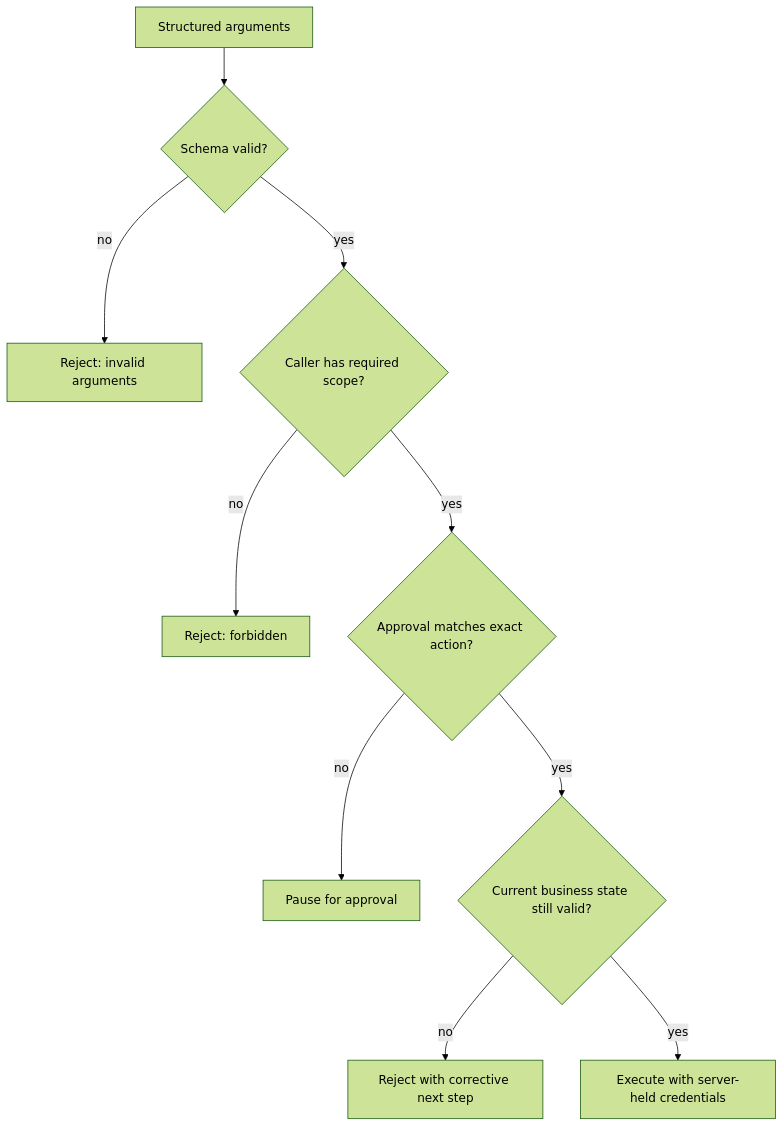
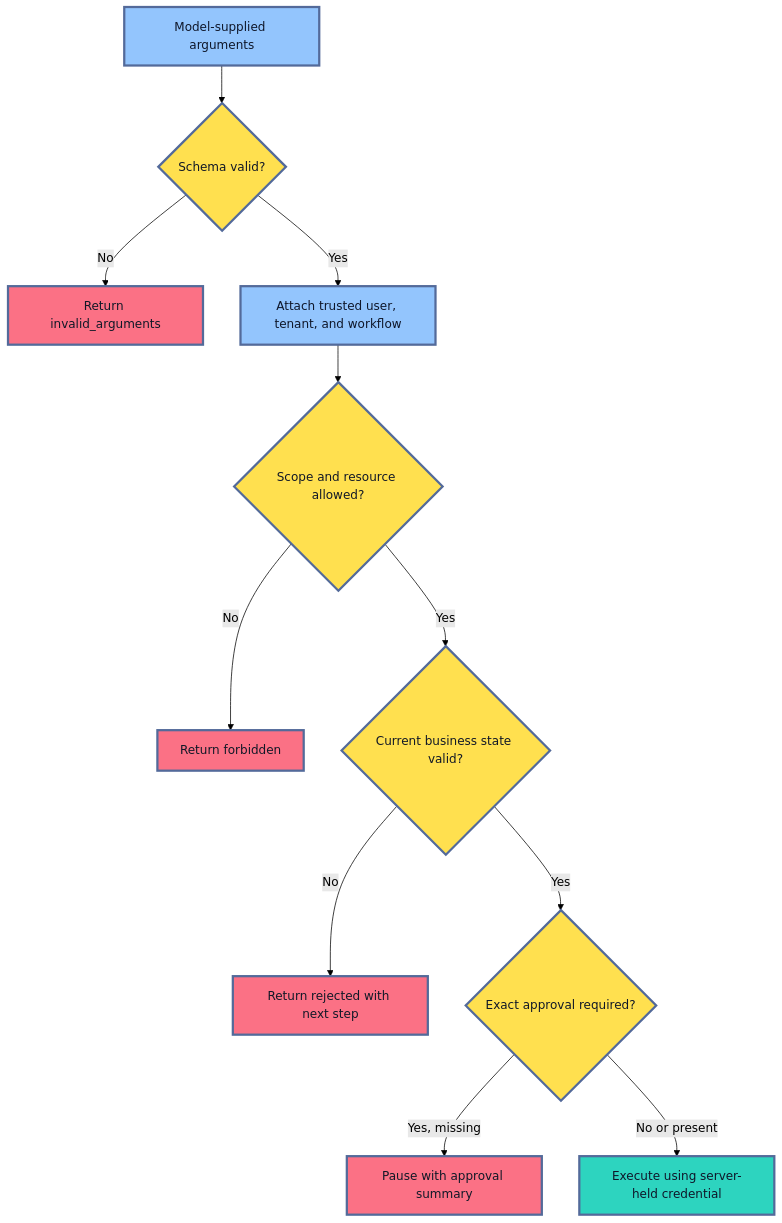
Before and after one commit to senlinyy/dev-roadmaps: the third of 3 diagrams in roadmaps/mlops/modules/llmops/tools-and-protocols/01-tool-contracts.md, drawn with Mermaid (forest theme). The commit also changed other lines of this file and 198 other files, not shown here.

````diff
--- a/roadmaps/mlops/modules/llmops/tools-and-protocols/01-tool-contracts.md
+++ b/roadmaps/mlops/modules/llmops/tools-and-protocols/01-tool-contracts.md
@@ -114,12 +197,22 @@
 ```mermaid
 flowchart TD
-    A[Structured arguments] --> B{Schema valid?}
-    B -->|no| X[Reject: invalid arguments]
-    B -->|yes| C{Caller has required scope?}
-    C -->|no| Y[Reject: forbidden]
-    C -->|yes| D{Approval matches exact action?}
-    D -->|no| Z[Pause for approval]
-    D -->|yes| E{Current business state still valid?}
-    E -->|no| W[Reject with corrective next step]
-    E -->|yes| F[Execute with server-held credentials]
+    A["Model-supplied arguments"] --> B{"Schema valid?"}
+    B -->|No| X["Return invalid_arguments"]
+    B -->|Yes| C["Attach trusted user, tenant, and workflow"]
+    C --> D{"Scope and resource allowed?"}
+    D -->|No| Y["Return forbidden"]
+    D -->|Yes| E{"Current business state valid?"}
+    E -->|No| Z["Return rejected with next step"]
+    E -->|Yes| F{"Exact approval required?"}
+    F -->|Yes, missing| W["Pause with approval summary"]
+    F -->|No or present| G["Execute using server-held credential"]
+
+    classDef input fill:#93C5FD,stroke:#536A9A,stroke-width:3px,color:#0F172A
+    classDef gate fill:#FFE04F,stroke:#536A9A,stroke-width:3px,color:#111827
+    classDef stop fill:#FB7185,stroke:#536A9A,stroke-width:3px,color:#111827
+    classDef run fill:#2DD4BF,stroke:#536A9A,stroke-width:3px,color:#0F172A
+    class A,C input
+    class B,D,E,F gate
+    class X,Y,Z,W stop
+    class G run
 ```
````
